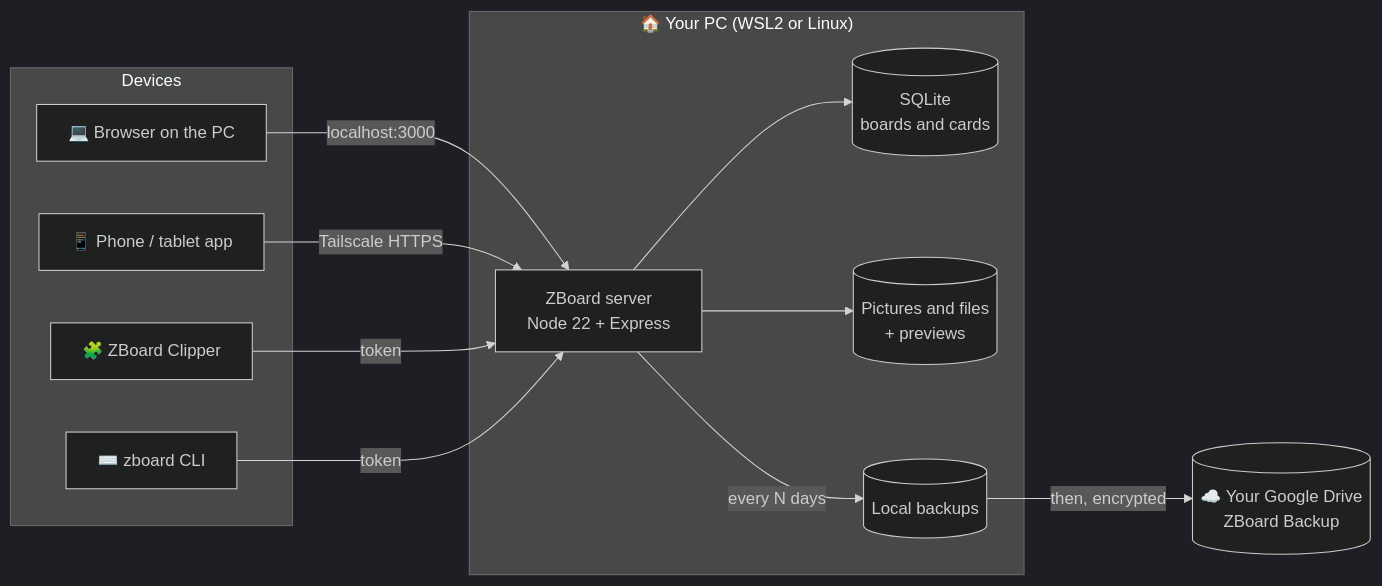
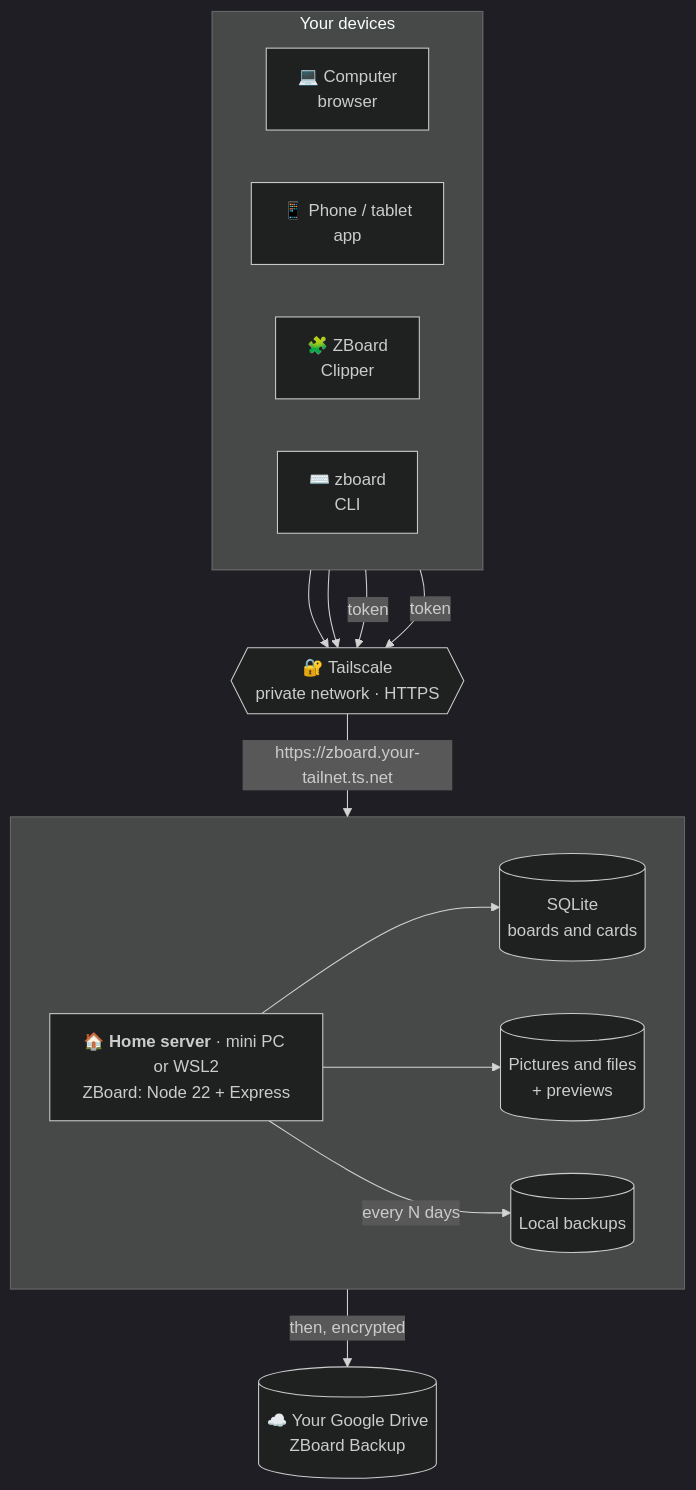
The diagram in README.md (anhlee99/zboard-custom), drawn with Mermaid (dark theme) before and after one commit. The commit also changed other lines of this file, not shown here.

Commit message:
README: every device reaches ZBoard through Tailscale
The "How it fits together" diagram now shows the computer, phone, Clipper and
CLI all connecting over Tailscale HTTPS to a separate home server (mini PC or
WSL2), instead of the PC using localhost:3000. It runs top to bottom so it no
longer overflows on the right, and a line above it explains the setup.

````diff
--- a/README.md
+++ b/README.md
@@ -120,24 +123,28 @@
 ```mermaid
-flowchart LR
-  subgraph Devices
-    PC["💻 Browser on the PC"]
-    Phone["📱 Phone / tablet app"]
-    Ext["🧩 ZBoard Clipper"]
-    CLI["⌨️ zboard CLI"]
+flowchart TB
+  subgraph Devices["Your devices"]
+    direction LR
+    PC["💻 Computer<br/>browser"]
+    Phone["📱 Phone / tablet<br/>app"]
+    Ext["🧩 ZBoard<br/>Clipper"]
+    CLI["⌨️ zboard<br/>CLI"]
   end
-  subgraph Home["🏠 Your PC (WSL2 or Linux)"]
-    Server["ZBoard server<br/>Node 22 + Express"]
+  TS{{"🔐 Tailscale<br/>private network · HTTPS"}}
+  subgraph Home[" "]
+    direction LR
+    Server["🏠 <b>Home server</b> · mini PC or WSL2<br/>ZBoard: Node 22 + Express"]
     DB[("SQLite<br/>boards and cards")]
     Files[("Pictures and files<br/>+ previews")]
     Local[("Local backups")]
   end
   Drive[("☁️ Your Google Drive<br/>ZBoard Backup")]
-  PC -- localhost:3000 --> Server
-  Phone -- "Tailscale HTTPS" --> Server
-  Ext -- "token" --> Server
-  CLI -- "token" --> Server
+  PC --> TS
+  Phone --> TS
+  Ext -- "token" --> TS
+  CLI -- "token" --> TS
+  TS -- "https://zboard.your-tailnet.ts.net" --> Server
   Server --> DB
   Server --> Files
   Server -- "every N days" --> Local
   Local -- "then, encrypted" --> Drive
 ```
````
